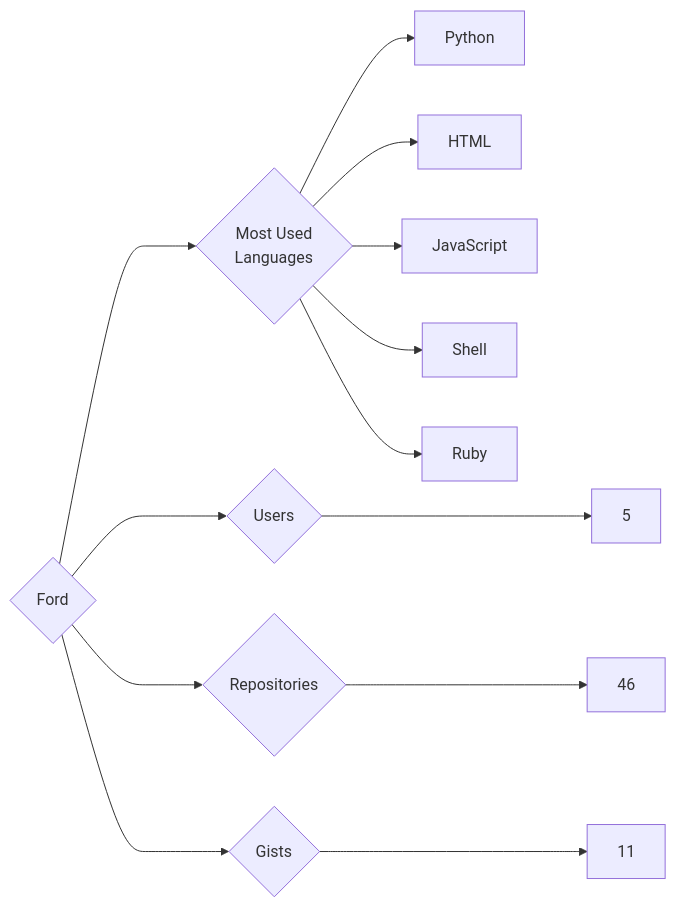
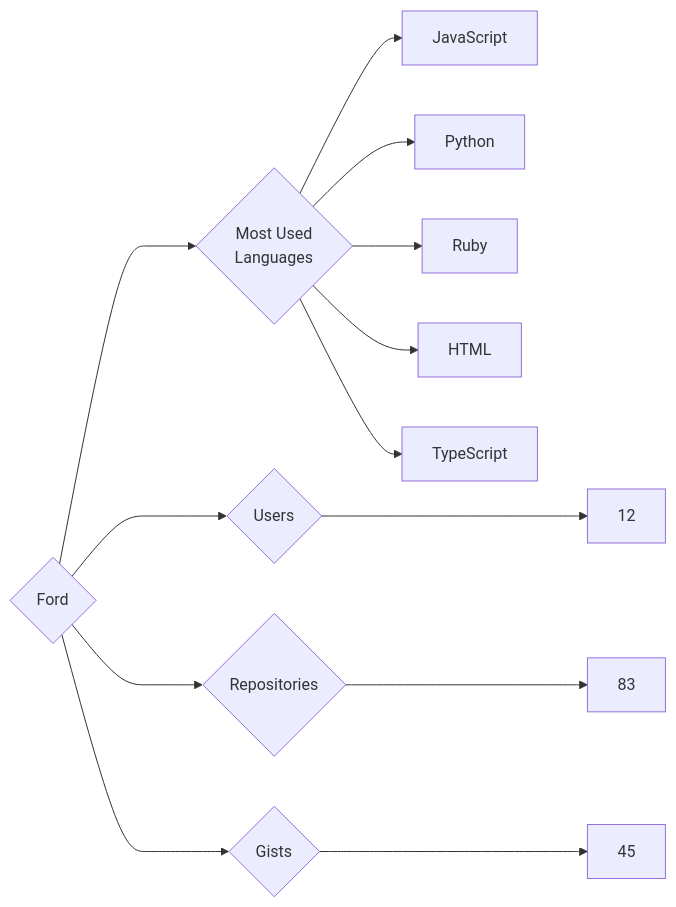
Before and after one commit to trickest/insiders: the diagram in targets/Ford/README.md, drawn with Mermaid. The commit also changed 1314 other files, not shown here.

````diff
--- a/targets/Ford/README.md
+++ b/targets/Ford/README.md
@@ -3,13 +3,13 @@
 ```mermaid
 graph LR
 COMPANY_NAME{Ford}
-COMPANY_NAME ---> U{Users} ---> UN[5]
-COMPANY_NAME ---> R{Repositories} ---> RN[46]
-COMPANY_NAME ---> G{Gists} ---> GN[11]
+COMPANY_NAME ---> U{Users} ---> UN[12]
+COMPANY_NAME ---> R{Repositories} ---> RN[83]
+COMPANY_NAME ---> G{Gists} ---> GN[45]
 COMPANY_NAME ---> ML{Most Used<br>Languages}
+ML --> JavaScript[JavaScript]
 ML --> Python[Python]
+ML --> Ruby[Ruby]
 ML --> HTML[HTML]
-ML --> JavaScript[JavaScript]
-ML --> Shell[Shell]
-ML --> Ruby[Ruby]
+ML --> TypeScript[TypeScript]
 ```
````
